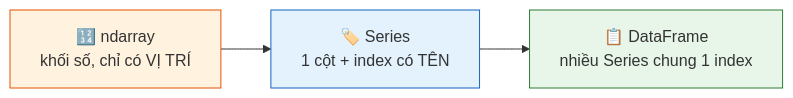
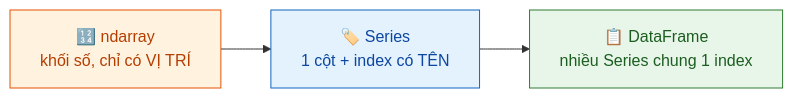
One commit to quancn12/Study_UET changed the diagram in docs/xu-ly-du-lieu/bai-04-lam-quen-pandas.md. Above: the diagram before and after it, drawn with Mermaid. The commit also changed 5 other files, not shown here.

Commit message:
Fix mermaid text clipping bug and optimize node label contrast across all docs

````diff
--- a/docs/xu-ly-du-lieu/bai-04-lam-quen-pandas.md
+++ b/docs/xu-ly-du-lieu/bai-04-lam-quen-pandas.md
@@ -17,8 +17,8 @@
 ```mermaid
 flowchart LR
     A["🔢 ndarray<br/>khối số, chỉ có VỊ TRÍ"] --> B["🏷️ Series<br/>1 cột + index có TÊN"]
     B --> C["📋 DataFrame<br/>nhiều Series chung 1 index"]
-    style A fill:#fff3e0,stroke:#e65100
-    style B fill:#e3f2fd,stroke:#1565c0
-    style C fill:#e8f5e9,stroke:#2e7d32
+    style A fill:#fff3e0,stroke:#e65100,color:#b43e00
+    style B fill:#e3f2fd,stroke:#1565c0,color:#0d47a1
+    style C fill:#e8f5e9,stroke:#2e7d32,color:#1b5e20
 ```
````
